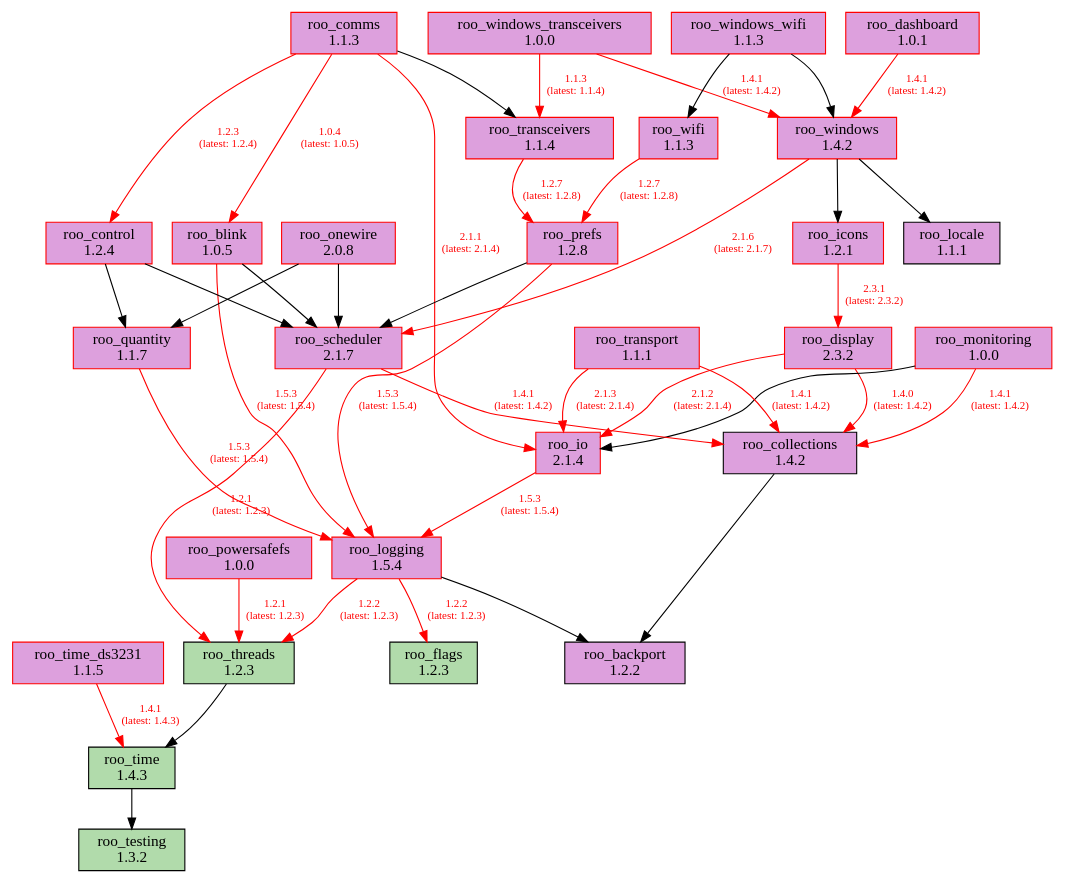
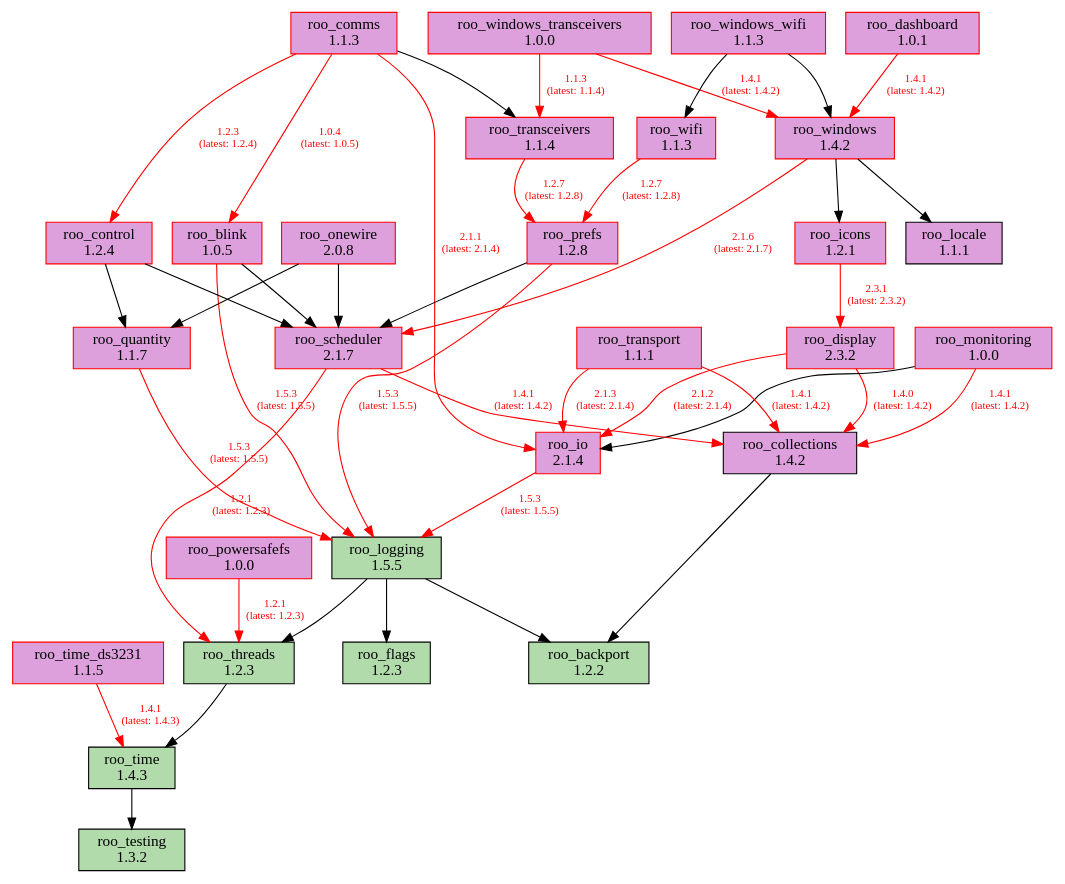
Before and after one commit to dejwk/roo-registry: the diagram in doc/dependencies.dot, drawn with Graphviz. The commit also changed 3 other files, not shown here.

Commit message:
Added roo_logging 1.5.5 to the registry.

```diff
--- a/doc/dependencies.dot
+++ b/doc/dependencies.dot
@@ -1,78 +1,78 @@
 digraph dependencies {
     rankdir=TB;
     node [shape=box, style=filled];
     edge [fontsize=10];
 
     // Modules
-    "roo_backport" [label="roo_backport\n1.2.2", fillcolor="plum", color="black"];
+    "roo_backport" [label="roo_backport\n1.2.2", fillcolor="#b1dbab", color="black"];
     "roo_blink" [label="roo_blink\n1.0.5", fillcolor="plum", color="red"];
     "roo_collections" [label="roo_collections\n1.4.2", fillcolor="plum", color="black"];
     "roo_comms" [label="roo_comms\n1.1.3", fillcolor="plum", color="red"];
     "roo_control" [label="roo_control\n1.2.4", fillcolor="plum", color="red"];
     "roo_dashboard" [label="roo_dashboard\n1.0.1", fillcolor="plum", color="red"];
     "roo_display" [label="roo_display\n2.3.2", fillcolor="plum", color="red"];
     "roo_flags" [label="roo_flags\n1.2.3", fillcolor="#b1dbab", color="black"];
     "roo_icons" [label="roo_icons\n1.2.1", fillcolor="plum", color="red"];
     "roo_io" [label="roo_io\n2.1.4", fillcolor="plum", color="red"];
     "roo_locale" [label="roo_locale\n1.1.1", fillcolor="plum", color="black"];
-    "roo_logging" [label="roo_logging\n1.5.4", fillcolor="plum", color="red"];
+    "roo_logging" [label="roo_logging\n1.5.5", fillcolor="#b1dbab", color="black"];
     "roo_monitoring" [label="roo_monitoring\n1.0.0", fillcolor="plum", color="red"];
     "roo_onewire" [label="roo_onewire\n2.0.8", fillcolor="plum", color="red"];
     "roo_powersafefs" [label="roo_powersafefs\n1.0.0", fillcolor="plum", color="red"];
     "roo_prefs" [label="roo_prefs\n1.2.8", fillcolor="plum", color="red"];
     "roo_quantity" [label="roo_quantity\n1.1.7", fillcolor="plum", color="red"];
     "roo_scheduler" [label="roo_scheduler\n2.1.7", fillcolor="plum", color="red"];
     "roo_testing" [label="roo_testing\n1.3.2", fillcolor="#b1dbab", color="black"];
     "roo_threads" [label="roo_threads\n1.2.3", fillcolor="#b1dbab", color="black"];
     "roo_time" [label="roo_time\n1.4.3", fillcolor="#b1dbab", color="black"];
     "roo_time_ds3231" [label="roo_time_ds3231\n1.1.5", fillcolor="plum", color="red"];
     "roo_transceivers" [label="roo_transceivers\n1.1.4", fillcolor="plum", color="red"];
     "roo_transport" [label="roo_transport\n1.1.1", fillcolor="plum", color="red"];
     "roo_wifi" [label="roo_wifi\n1.1.3", fillcolor="plum", color="red"];
     "roo_windows" [label="roo_windows\n1.4.2", fillcolor="plum", color="red"];
     "roo_windows_transceivers" [label="roo_windows_transceivers\n1.0.0", fillcolor="plum", color="red"];
     "roo_windows_wifi" [label="roo_windows_wifi\n1.1.3", fillcolor="plum", color="red"];
 
     // Dependencies
-    "roo_blink" -> "roo_logging" [color=red, fontcolor=red, label="1.5.3\n(latest: 1.5.4)"];
+    "roo_blink" -> "roo_logging" [color=red, fontcolor=red, label="1.5.3\n(latest: 1.5.5)"];
     "roo_blink" -> "roo_scheduler";
     "roo_collections" -> "roo_backport";
     "roo_comms" -> "roo_blink" [color=red, fontcolor=red, label="1.0.4\n(latest: 1.0.5)"];
     "roo_comms" -> "roo_control" [color=red, fontcolor=red, label="1.2.3\n(latest: 1.2.4)"];
     "roo_comms" -> "roo_io" [color=red, fontcolor=red, label="2.1.1\n(latest: 2.1.4)"];
     "roo_comms" -> "roo_transceivers";
     "roo_control" -> "roo_quantity";
     "roo_control" -> "roo_scheduler";
     "roo_dashboard" -> "roo_windows" [color=red, fontcolor=red, label="1.4.1\n(latest: 1.4.2)"];
     "roo_display" -> "roo_collections" [color=red, fontcolor=red, label="1.4.0\n(latest: 1.4.2)"];
     "roo_display" -> "roo_io" [color=red, fontcolor=red, label="2.1.2\n(latest: 2.1.4)"];
     "roo_icons" -> "roo_display" [color=red, fontcolor=red, label="2.3.1\n(latest: 2.3.2)"];
-    "roo_io" -> "roo_logging" [color=red, fontcolor=red, label="1.5.3\n(latest: 1.5.4)"];
+    "roo_io" -> "roo_logging" [color=red, fontcolor=red, label="1.5.3\n(latest: 1.5.5)"];
     "roo_logging" -> "roo_backport";
-    "roo_logging" -> "roo_flags" [color=red, fontcolor=red, label="1.2.2\n(latest: 1.2.3)"];
-    "roo_logging" -> "roo_threads" [color=red, fontcolor=red, label="1.2.2\n(latest: 1.2.3)"];
+    "roo_logging" -> "roo_flags";
+    "roo_logging" -> "roo_threads";
     "roo_monitoring" -> "roo_collections" [color=red, fontcolor=red, label="1.4.1\n(latest: 1.4.2)"];
     "roo_monitoring" -> "roo_io";
     "roo_onewire" -> "roo_scheduler";
     "roo_onewire" -> "roo_quantity";
     "roo_powersafefs" -> "roo_threads" [color=red, fontcolor=red, label="1.2.1\n(latest: 1.2.3)"];
-    "roo_prefs" -> "roo_logging" [color=red, fontcolor=red, label="1.5.3\n(latest: 1.5.4)"];
+    "roo_prefs" -> "roo_logging" [color=red, fontcolor=red, label="1.5.3\n(latest: 1.5.5)"];
     "roo_prefs" -> "roo_scheduler";
-    "roo_quantity" -> "roo_logging" [color=red, fontcolor=red, label="1.5.3\n(latest: 1.5.4)"];
+    "roo_quantity" -> "roo_logging" [color=red, fontcolor=red, label="1.5.3\n(latest: 1.5.5)"];
     "roo_scheduler" -> "roo_collections" [color=red, fontcolor=red, label="1.4.1\n(latest: 1.4.2)"];
     "roo_scheduler" -> "roo_threads" [color=red, fontcolor=red, label="1.2.1\n(latest: 1.2.3)"];
     "roo_threads" -> "roo_time";
     "roo_time" -> "roo_testing";
     "roo_time_ds3231" -> "roo_time" [color=red, fontcolor=red, label="1.4.1\n(latest: 1.4.3)"];
     "roo_transceivers" -> "roo_prefs" [color=red, fontcolor=red, label="1.2.7\n(latest: 1.2.8)"];
     "roo_transport" -> "roo_collections" [color=red, fontcolor=red, label="1.4.1\n(latest: 1.4.2)"];
     "roo_transport" -> "roo_io" [color=red, fontcolor=red, label="2.1.3\n(latest: 2.1.4)"];
     "roo_wifi" -> "roo_prefs" [color=red, fontcolor=red, label="1.2.7\n(latest: 1.2.8)"];
     "roo_windows" -> "roo_locale";
     "roo_windows" -> "roo_icons";
     "roo_windows" -> "roo_scheduler" [color=red, fontcolor=red, label="2.1.6\n(latest: 2.1.7)"];
     "roo_windows_transceivers" -> "roo_transceivers" [color=red, fontcolor=red, label="1.1.3\n(latest: 1.1.4)"];
     "roo_windows_transceivers" -> "roo_windows" [color=red, fontcolor=red, label="1.4.1\n(latest: 1.4.2)"];
     "roo_windows_wifi" -> "roo_wifi";
     "roo_windows_wifi" -> "roo_windows";
 }
```
